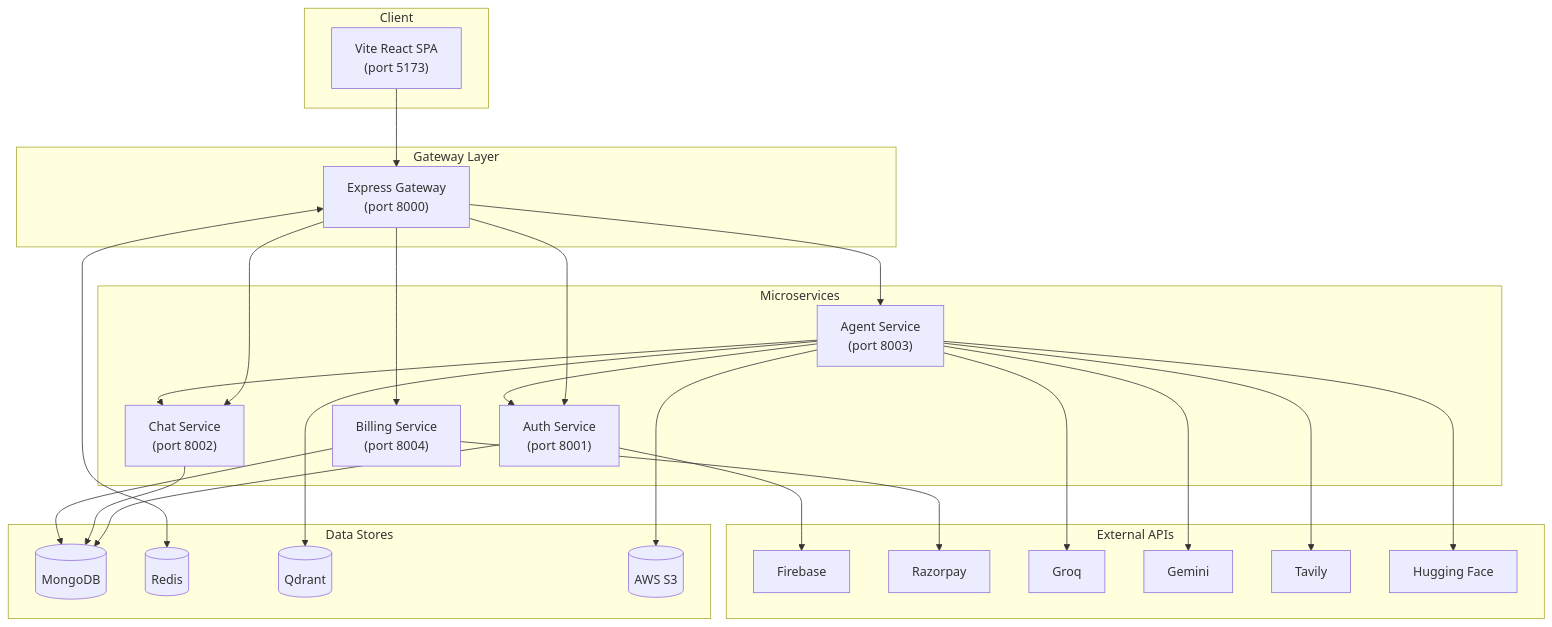
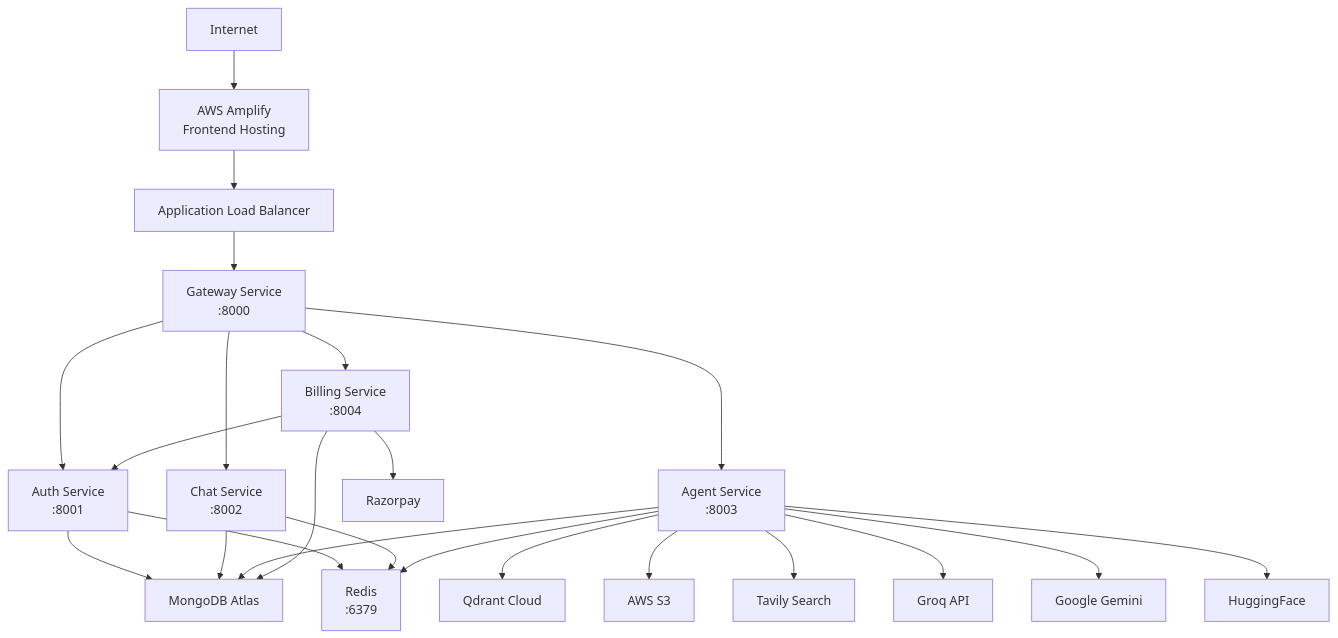
Before and after one commit to VamshiApex-07/Cotex_AI: the first of 8 diagrams in README.md, drawn with Mermaid. The commit also changed other lines of this file, not shown here.

Commit message:
docs: update README with enhanced architecture diagrams, tech stack details, and feature descriptions

````diff
--- a/README.md
+++ b/README.md
@@ -75,57 +7,44 @@
 ```mermaid
-flowchart TB
-    subgraph Client["Client"]
-        SPA["Vite React SPA\n(port 5173)"]
-    end
+graph TB
+    Internet["Internet"]
+    Amplify["AWS Amplify<br/>Frontend Hosting"]
+    ALB["Application Load Balancer"]
+    Gateway["Gateway Service<br/>:8000"]
+    Auth["Auth Service<br/>:8001"]
+    Chat["Chat Service<br/>:8002"]
+    Agent["Agent Service<br/>:8003"]
+    Billing["Billing Service<br/>:8004"]
+    Redis["Redis<br/>:6379"]
+    MongoDB["MongoDB Atlas"]
+    Qdrant["Qdrant Cloud"]
+    S3["AWS S3"]
+    Tavily["Tavily Search"]
+    Groq["Groq API"]
+    Gemini["Google Gemini"]
+    HuggingFace["HuggingFace"]
+    Razorpay["Razorpay"]
 
-    subgraph Gateway["Gateway Layer"]
-        GW["Express Gateway\n(port 8000)"]
-    end
+    Internet --> Amplify
+    Amplify --> ALB
+    ALB --> Gateway
+    Gateway --> Auth
+    Gateway --> Chat
+    Gateway --> Agent
+    Gateway --> Billing
 
-    subgraph Services["Microservices"]
-        AUTH["Auth Service\n(port 8001)"]
-        CHAT["Chat Service\n(port 8002)"]
-        AGENT["Agent Service\n(port 8003)"]
-        BILLING["Billing Service\n(port 8004)"]
-    end
-
-    subgraph DataStores["Data Stores"]
-        MONGO[("MongoDB")]
-        REDIS[("Redis")]
-        QDRANT[("Qdrant")]
-        S3[("AWS S3")]
-    end
-
-    subgraph ExternalAPIs["External APIs"]
-        FIREBASE["Firebase"]
-        RAZORPAY["Razorpay"]
-        GROQ["Groq"]
-        GEMINI["Gemini"]
-        TAVILY["Tavily"]
-        HF["Hugging Face"]
-    end
-
-    SPA --> GW
-    GW --> AUTH
-    GW --> CHAT
-    GW --> AGENT
-    GW --> BILLING
-    GW <--> REDIS
-
-    AGENT --> CHAT
-    AGENT --> AUTH
-    AGENT --> QDRANT
-    AGENT --> S3
-
-    AUTH --> MONGO
-    CHAT --> MONGO
-    BILLING --> MONGO
-
-    AUTH --> FIREBASE
-    BILLING --> RAZORPAY
-
-    AGENT --> GROQ
-    AGENT --> GEMINI
-    AGENT --> TAVILY
-    AGENT --> HF
+    Auth --> MongoDB
+    Auth --> Redis
+    Chat --> MongoDB
+    Chat --> Redis
+    Agent --> MongoDB
+    Agent --> Redis
+    Agent --> Qdrant
+    Agent --> S3
+    Agent --> Tavily
+    Agent --> Groq
+    Agent --> Gemini
+    Agent --> HuggingFace
+    Billing --> MongoDB
+    Billing --> Auth
+    Billing --> Razorpay
 ```
````
